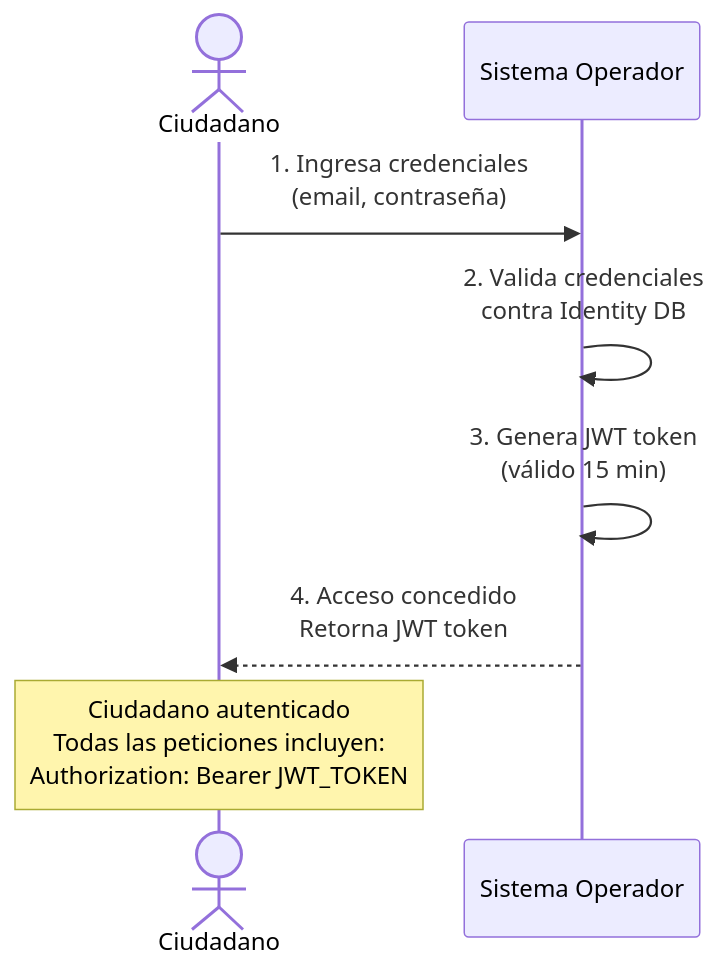
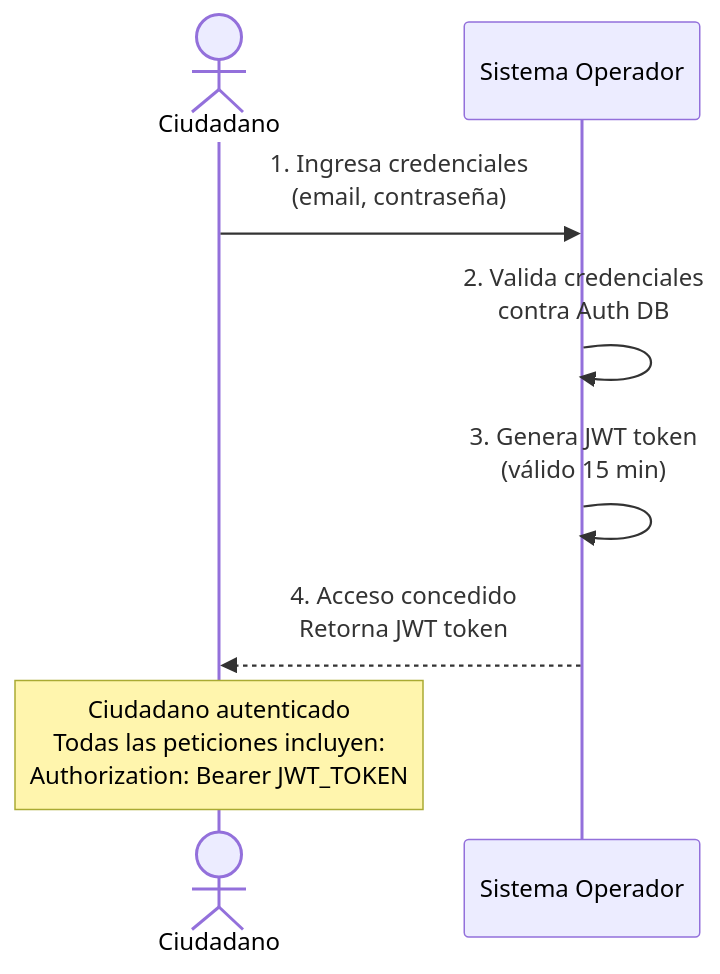
Before and after one commit to edwaraco/carpetaCiudadana: the fourth of 10 diagrams in docs/c4_diagrams.md, drawn with Mermaid. The commit also changed other lines of this file, not shown here.

Commit message:
Actualizar diagramas de secuencia para creación de perfil y autenticación

````diff
--- a/docs/c4_diagrams.md
+++ b/docs/c4_diagrams.md
@@ -400,15 +400,15 @@
 ```mermaid
 sequenceDiagram
     actor C as Ciudadano
     participant OP as Sistema Operador
 
     C->>OP: 1. Ingresa credenciales<br/>(email, contraseña)
 
-    OP->>OP: 2. Valida credenciales<br/>contra Identity DB
+    OP->>OP: 2. Valida credenciales<br/>contra Auth DB
 
     OP->>OP: 3. Genera JWT token<br/>(válido 15 min)
 
     OP-->>C: 4. Acceso concedido<br/>Retorna JWT token
 
     Note over C: Ciudadano autenticado<br/>Todas las peticiones incluyen:<br/>Authorization: Bearer JWT_TOKEN
 ```
````
